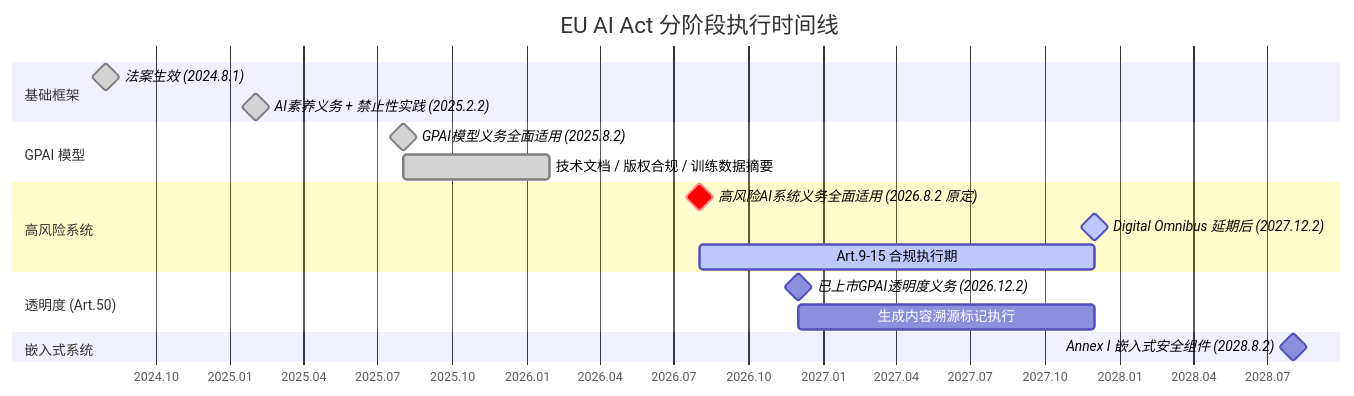
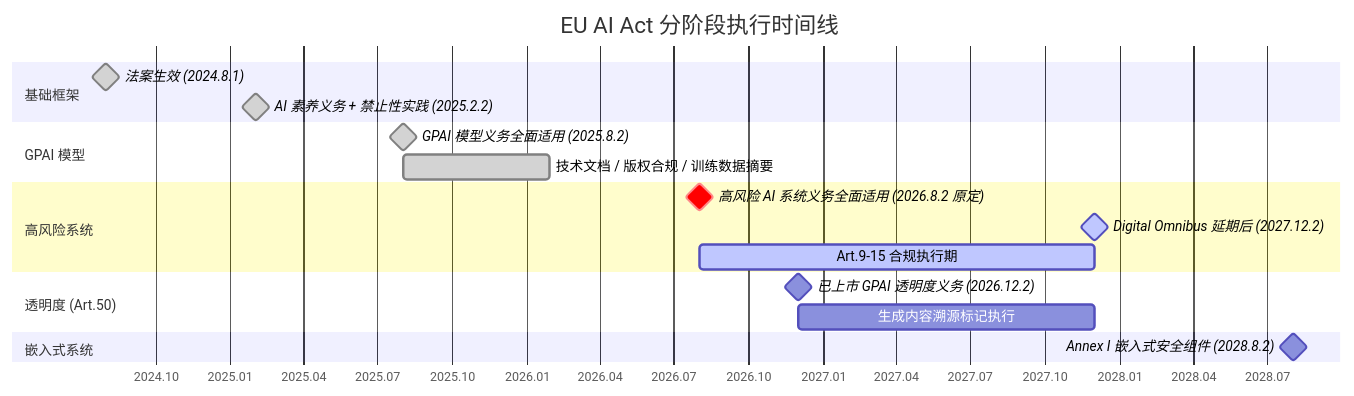
One commit to biexuxiaoyao/ai-research-lab changed the diagram in topics/11-法律合规与知识产权/README.md. Above: the diagram before and after it, drawn with Mermaid. The commit also changed other lines of this file and 91 other files, not shown here.

````diff
--- a/topics/11-法律合规与知识产权/README.md
+++ b/topics/11-法律合规与知识产权/README.md
@@ -85,21 +85,21 @@
 ```mermaid
 gantt
     title EU AI Act 分阶段执行时间线
     dateFormat  YYYY-MM-DD
     axisFormat  %Y.%m
     section 基础框架
     法案生效 (2024.8.1)                   :milestone, done, 2024-08-01, 0d
-    AI素养义务 + 禁止性实践 (2025.2.2)       :milestone, done, 2025-02-02, 0d
+    AI 素养义务 + 禁止性实践 (2025.2.2)       :milestone, done, 2025-02-02, 0d
     section GPAI 模型
-    GPAI模型义务全面适用 (2025.8.2)          :milestone, done, 2025-08-02, 0d
+    GPAI 模型义务全面适用 (2025.8.2)          :milestone, done, 2025-08-02, 0d
     技术文档 / 版权合规 / 训练数据摘要         :done, 2025-08-02, 180d
     section 高风险系统
-    高风险AI系统义务全面适用 (2026.8.2 原定)  :milestone, crit, 2026-08-02, 0d
+    高风险 AI 系统义务全面适用 (2026.8.2 原定)  :milestone, crit, 2026-08-02, 0d
     Digital Omnibus 延期后 (2027.12.2)      :milestone, active, 2027-12-02, 0d
     Art.9-15 合规执行期                     :active, 2026-08-02, 487d
     section 透明度 (Art.50)
-    已上市GPAI透明度义务 (2026.12.2)         :milestone, 2026-12-02, 0d
+    已上市 GPAI 透明度义务 (2026.12.2)         :milestone, 2026-12-02, 0d
     生成内容溯源标记执行                      :2026-12-02, 365d
     section 嵌入式系统
     Annex I 嵌入式安全组件 (2028.8.2)       :milestone, 2028-08-02, 0d
 ```
````
